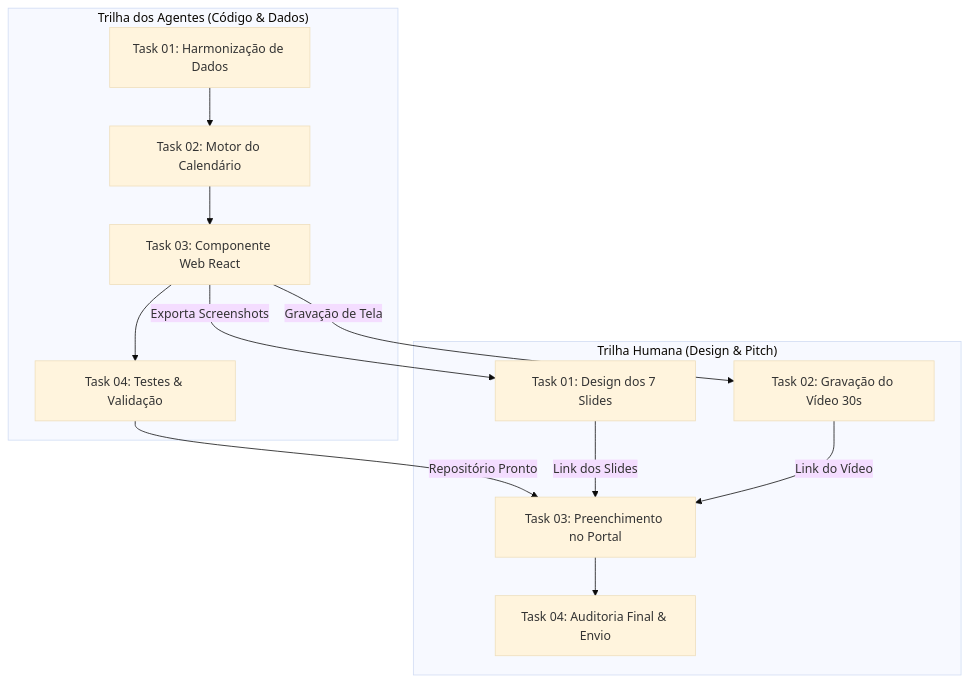
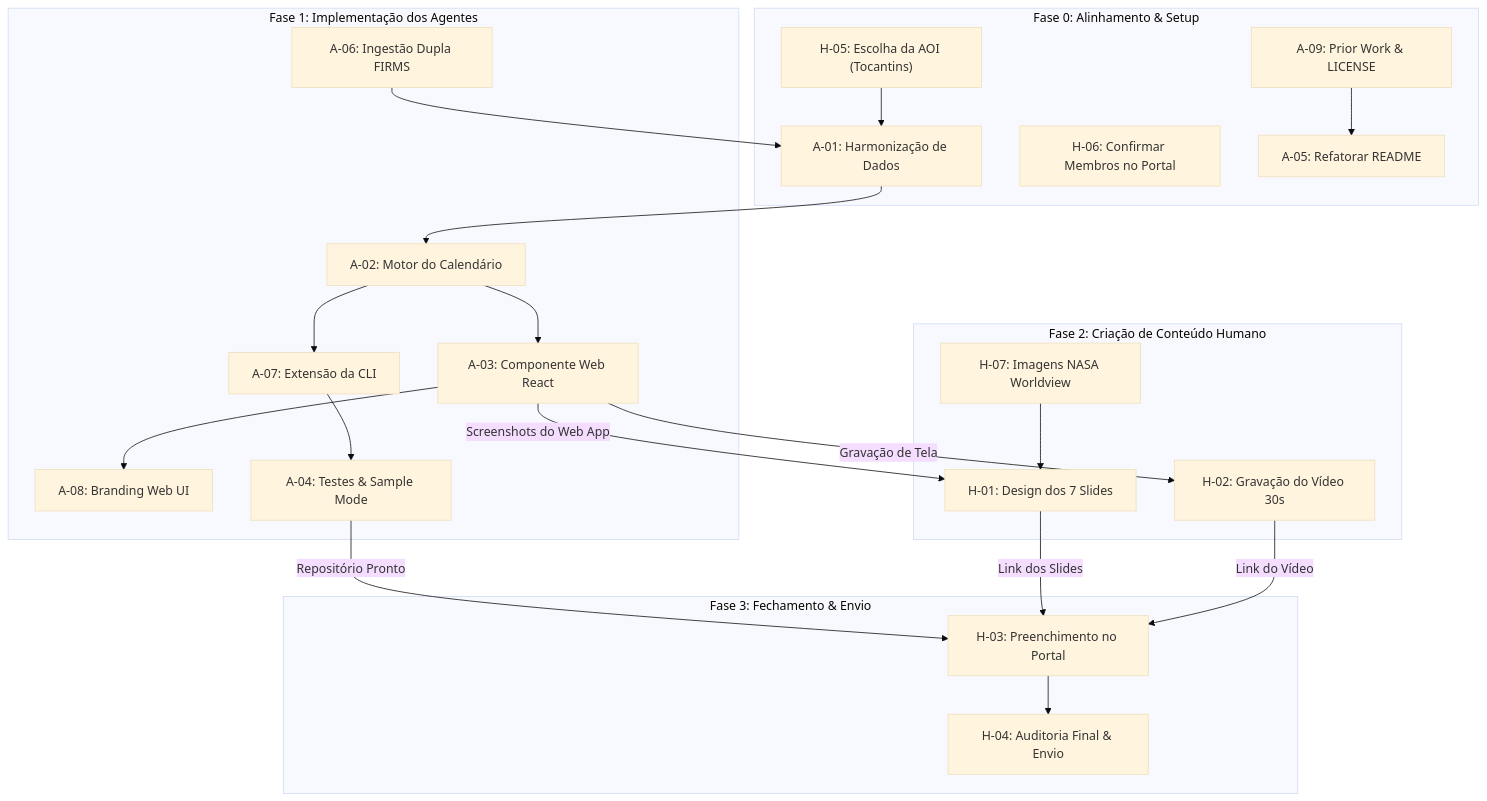
The diagram in tasks/README.md (ufsm-ecomp-genai/fococerto.spaceapps), drawn with Mermaid (base theme) before and after one commit. The commit also changed other lines of this file and 8 other files, not shown here.

Commit message:
feat(tasks): expand task catalog with 8 new detailed tasks covering README refactor, dual ingestion, CLI and human QA

````diff
--- a/tasks/README.md
+++ b/tasks/README.md
@@ -19,22 +19,30 @@
 ```mermaid
 flowchart TD
-    subgraph AGENTES ["Trilha dos Agentes (Código & Dados)"]
-        A1["Task 01: Harmonização de Dados"] --> A2["Task 02: Motor do Calendário"]
-        A2 --> A3["Task 03: Componente Web React"]
-        A3 --> A4["Task 04: Testes & Validação"]
+    subgraph SETUP ["Fase 0: Alinhamento & Setup"]
+        H5["H-05: Escolha da AOI (Tocantins)"] --> A1["A-01: Harmonização de Dados"]
+        H6["H-06: Confirmar Membros no Portal"]
+        A9["A-09: Prior Work & LICENSE"] --> A5["A-05: Refatorar README"]
     end
 
-    subgraph HUMANAS ["Trilha Humana (Design & Pitch)"]
-        H1["Task 01: Design dos 7 Slides"]
-        H2["Task 02: Gravação do Vídeo 30s"]
-        H3["Task 03: Preenchimento no Portal"]
-        H4["Task 04: Auditoria Final & Envio"]
+    subgraph CODIGO ["Fase 1: Implementação dos Agentes"]
+        A1 --> A2["A-02: Motor do Calendário"]
+        A6["A-06: Ingestão Dupla FIRMS"] --> A1
+        A2 --> A3["A-03: Componente Web React"]
+        A2 --> A7["A-07: Extensão da CLI"]
+        A3 --> A8["A-08: Branding Web UI"]
+        A7 --> A4["A-04: Testes & Sample Mode"]
     end
 
-    A3 -->|Exporta Screenshots| H1
-    A3 -->|Gravação de Tela| H2
-    A4 -->|Repositório Pronto| H3
-    H1 -->|Link dos Slides| H3
-    H2 -->|Link do Vídeo| H3
-    H3 --> H4
+    subgraph DESIGN ["Fase 2: Criação de Conteúdo Humano"]
+        H7["H-07: Imagens NASA Worldview"] --> H1["H-01: Design dos 7 Slides"]
+        A3 -->|Screenshots do Web App| H1
+        A3 -->|Gravação de Tela| H2["H-02: Gravação do Vídeo 30s"]
+    end
+
+    subgraph SUBMISSAO ["Fase 3: Fechamento & Envio"]
+        A4 -->|Repositório Pronto| H3["H-03: Preenchimento no Portal"]
+        H1 -->|Link dos Slides| H3
+        H2 -->|Link do Vídeo| H3
+        H3 --> H4["H-04: Auditoria Final & Envio"]
+    end
 ```
````
